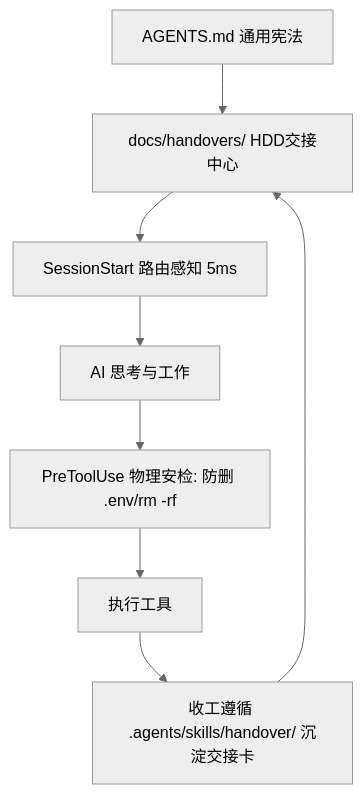
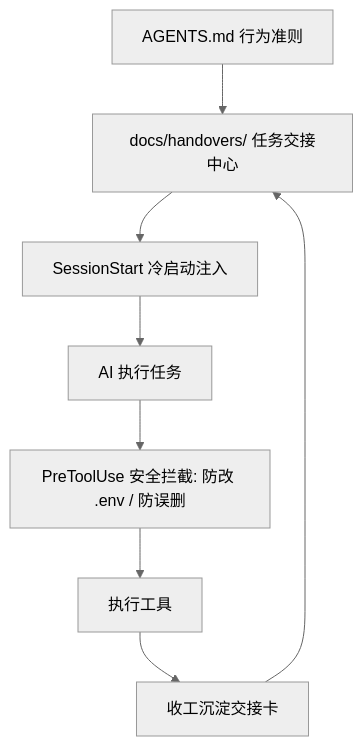
The diagram in README.md (k1ein-chen/Harness-Starter), drawn with Mermaid (neutral theme) before and after one commit. The commit also changed other lines of this file and 3 other files, not shown here.

````diff
--- a/README.md
+++ b/README.md
@@ -41,10 +41,10 @@
 ```mermaid
 flowchart TD
-  A[AGENTS.md 通用宪法] --> B[docs/handovers/ HDD交接中心]
-  B --> C[SessionStart 路由感知 5ms]
-  C --> D[AI 思考与工作]
-  D --> E[PreToolUse 物理安检: 防删 .env/rm -rf]
+  A[AGENTS.md 行为准则] --> B[docs/handovers/ 任务交接中心]
+  B --> C[SessionStart 冷启动注入]
+  C --> D[AI 执行任务]
+  D --> E[PreToolUse 安全拦截: 防改 .env / 防误删]
   E --> F[执行工具]
-  F --> G[收工遵循 .agents/skills/handover/ 沉淀交接卡]
+  F --> G[收工沉淀交接卡]
   G --> B
 ```
````
